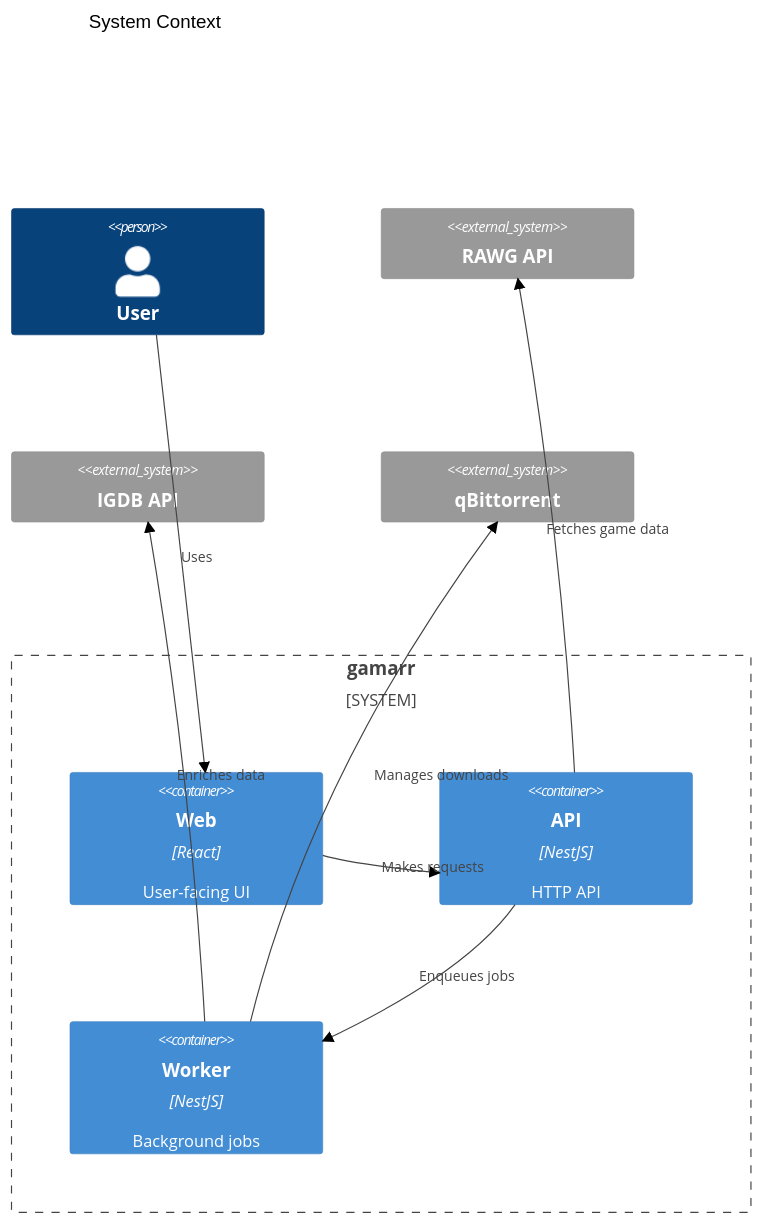
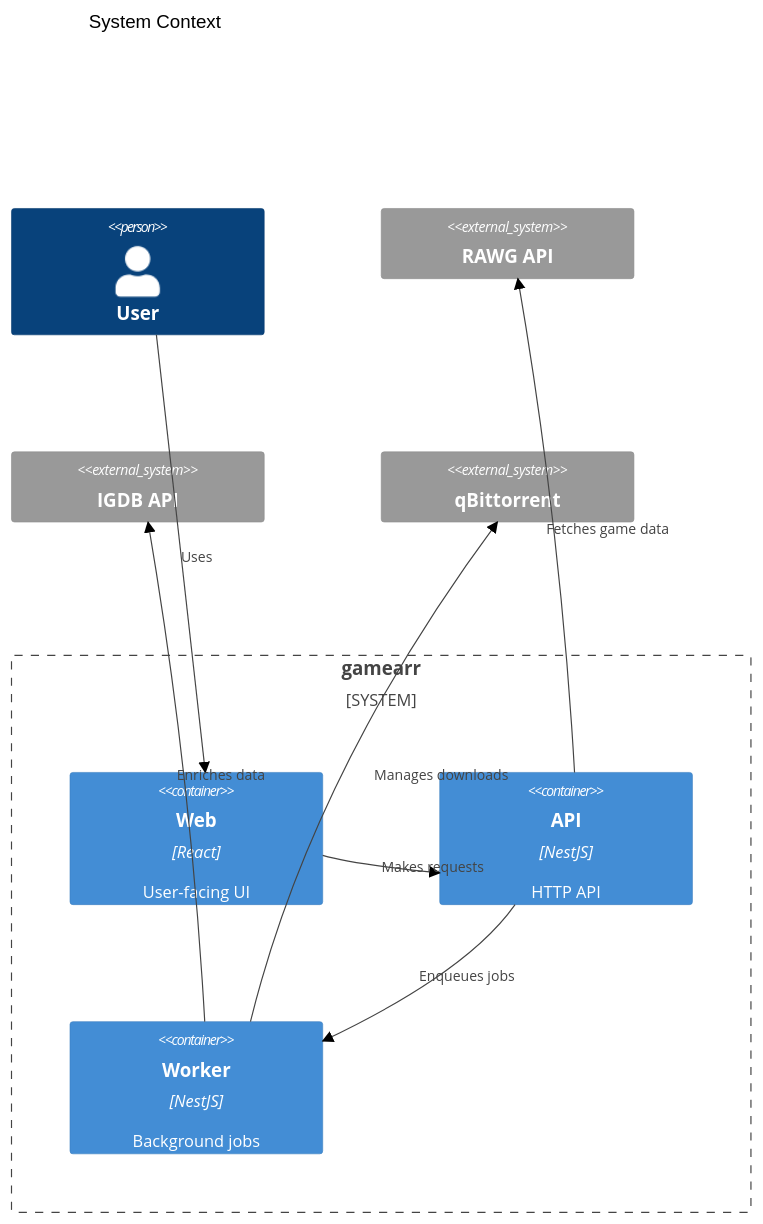
The first of 3 diagrams in docs/architecture.md (homeputers/gamearr), drawn with Mermaid (forest theme) before and after one commit. The commit also changed other lines of this file and 4 other files, not shown here.

````diff
--- a/docs/architecture.md
+++ b/docs/architecture.md
@@ -7,19 +7,19 @@
 ```mermaid
 C4Context
 title System Context
 Person(user, "User")
-System_Boundary(gamarr, "gamarr") {
+System_Boundary(gamearr, "gamearr") {
   Container(web, "Web", "React", "User-facing UI")
   Container(api, "API", "NestJS", "HTTP API")
   Container(worker, "Worker", "NestJS", "Background jobs")
 }
 System_Ext(rawg, "RAWG API")
 System_Ext(igdb, "IGDB API")
 System_Ext(qbt, "qBittorrent")
 Rel(user, web, "Uses")
 Rel(web, api, "Makes requests")
 Rel(api, worker, "Enqueues jobs")
 Rel(api, rawg, "Fetches game data")
 Rel(worker, igdb, "Enriches data")
 Rel(worker, qbt, "Manages downloads")
 ```
````
